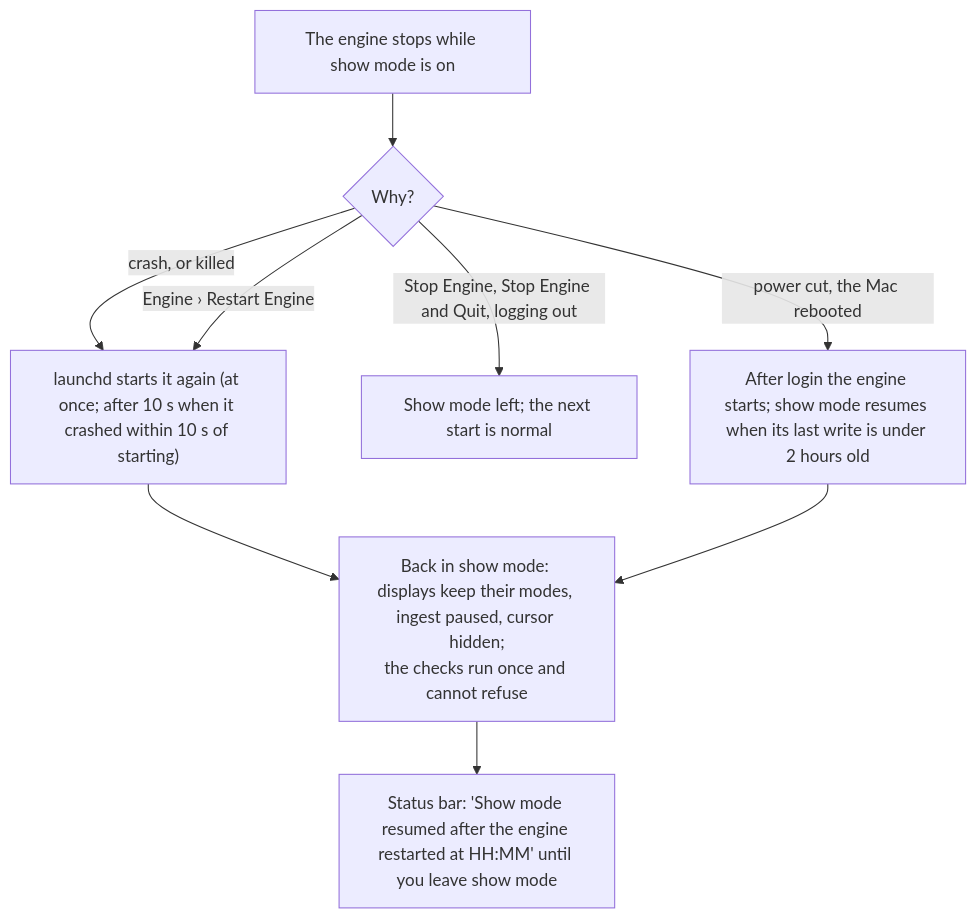
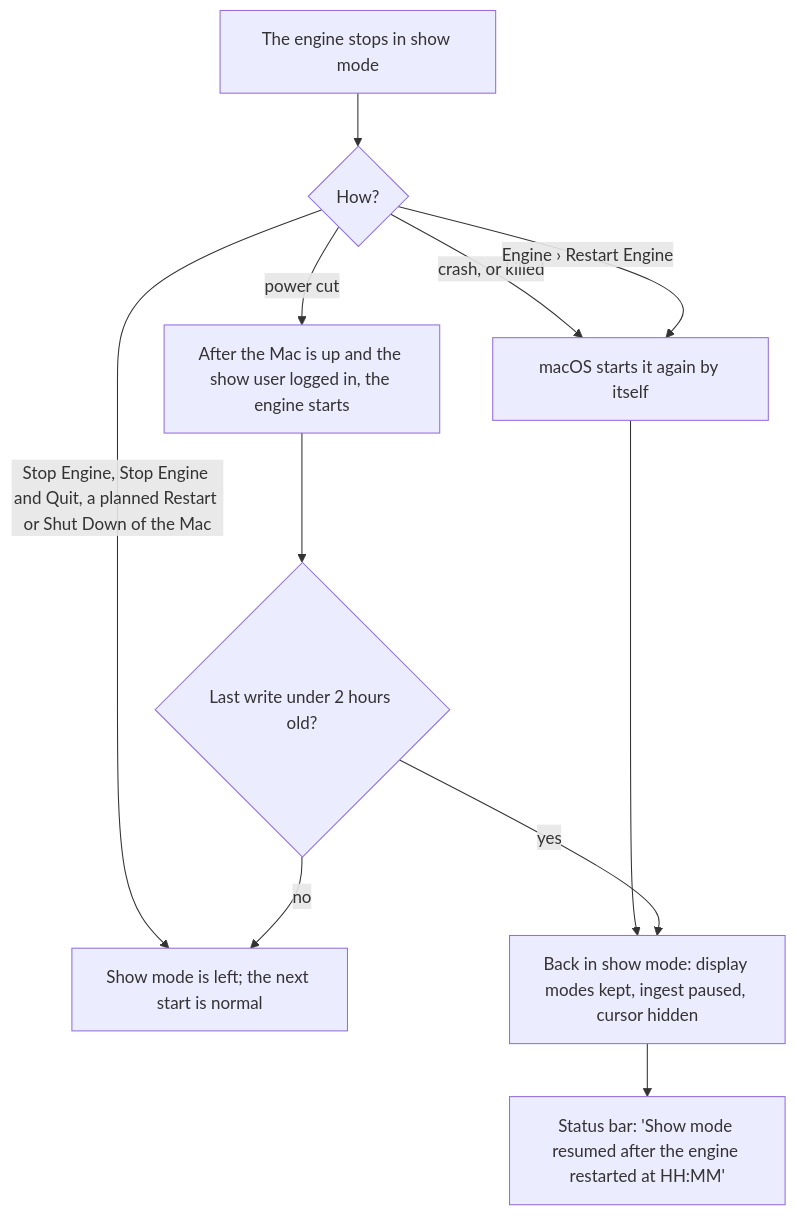
The second of 2 diagrams in docs/user/show-day-checklist.md (Timdebruijn/fanous), drawn with Mermaid before and after one commit. The commit also changed other lines of this file and 7 other files, not shown here.

````diff
--- a/docs/user/show-day-checklist.md
+++ b/docs/user/show-day-checklist.md
@@ -133,11 +171,13 @@
 ```mermaid
 flowchart TD
-  gone["The engine stops while show mode is on"] --> why{"Why?"}
-  why -- "crash, or killed" --> relaunch["launchd starts it again (at once; after 10 s when it crashed within 10 s of starting)"]
-  why -- "Engine › Restart Engine" --> relaunch
-  why -- "Stop Engine, Stop Engine and Quit, logging out" --> normal["Show mode left; the next start is normal"]
-  why -- "power cut, the Mac rebooted" --> login["After login the engine starts; show mode resumes when its last write is under 2 hours old"]
-  relaunch --> resume["Back in show mode: displays keep their modes, ingest paused, cursor hidden;<br>the checks run once and cannot refuse"]
-  login --> resume
-  resume --> banner["Status bar: 'Show mode resumed after the engine restarted at HH:MM' until you leave show mode"]
+  gone["The engine stops in show mode"] --> why{"How?"}
+  why -- "crash, or killed" --> auto["macOS starts it again by itself"]
+  why -- "Engine › Restart Engine" --> auto
+  why -- "Stop Engine, Stop Engine and Quit, a planned Restart or Shut Down of the Mac" --> normal["Show mode is left; the next start is normal"]
+  why -- "power cut" --> login["After the Mac is up and the show user logged in, the engine starts"]
+  auto --> resume["Back in show mode: display modes kept, ingest paused, cursor hidden"]
+  login --> age{"Last write under 2 hours old?"}
+  age -- yes --> resume
+  age -- no --> normal
+  resume --> banner["Status bar: 'Show mode resumed after the engine restarted at HH:MM'"]
 ```
````
